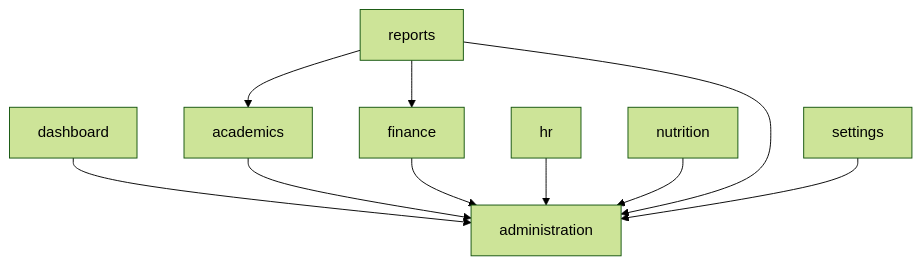
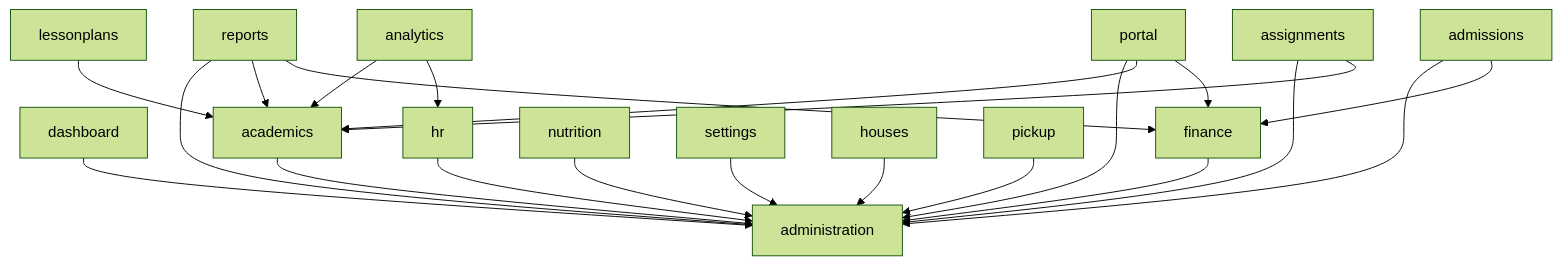
One commit to geniusdynamics/schoolpilot changed the third of 3 diagrams in .qoder/repowiki/en/content/Architecture Overview/Modular Architecture/Module System Overview/Module System Overview.md. Above: the diagram before and after it, drawn with Mermaid (forest theme). The commit also changed other lines of this file and 760 other files, not shown here.

````diff
--- a/.qoder/repowiki/en/content/Architecture Overview/Modular Architecture/Module System Overview/Module System Overview.md
+++ b/.qoder/repowiki/en/content/Architecture Overview/Modular Architecture/Module System Overview/Module System Overview.md
@@ -205,12 +285,24 @@
 ```mermaid
 graph TD
 A[dashboard] --> B[administration]
 C[academics] --> B
 D[finance] --> B
 E[hr] --> B
 F[nutrition] --> B
 G[reports] --> B
 G --> C
 G --> D
 H[settings] --> B
+I[admissions] --> B
+I --> D
+J[portal] --> B
+J --> C
+J --> D
+K[houses] --> B
+L[pickup] --> B
+M[assignments] --> B
+M --> C
+N[lessonplans] --> C
+O[analytics] --> C
+O --> E
 ```
````
